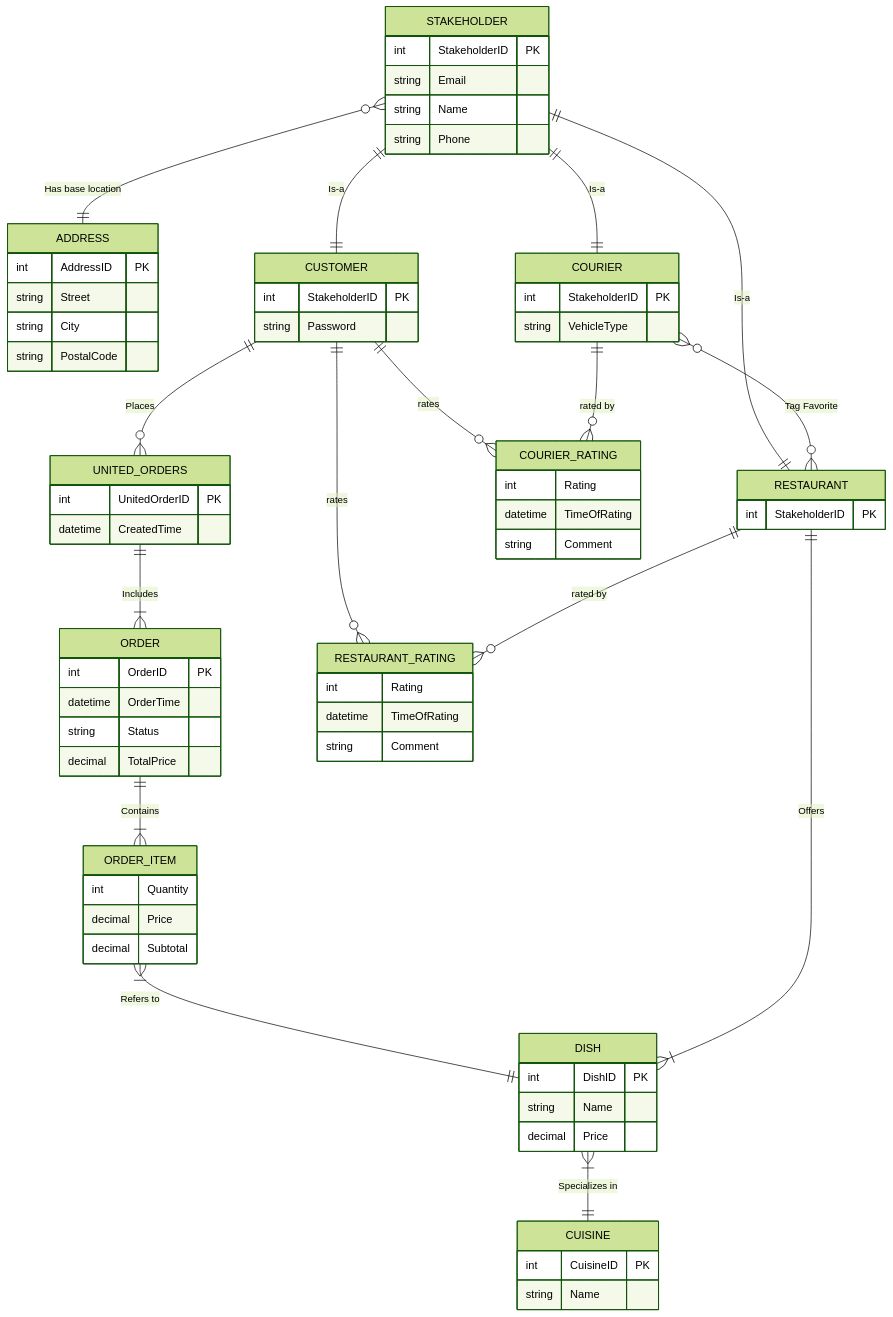
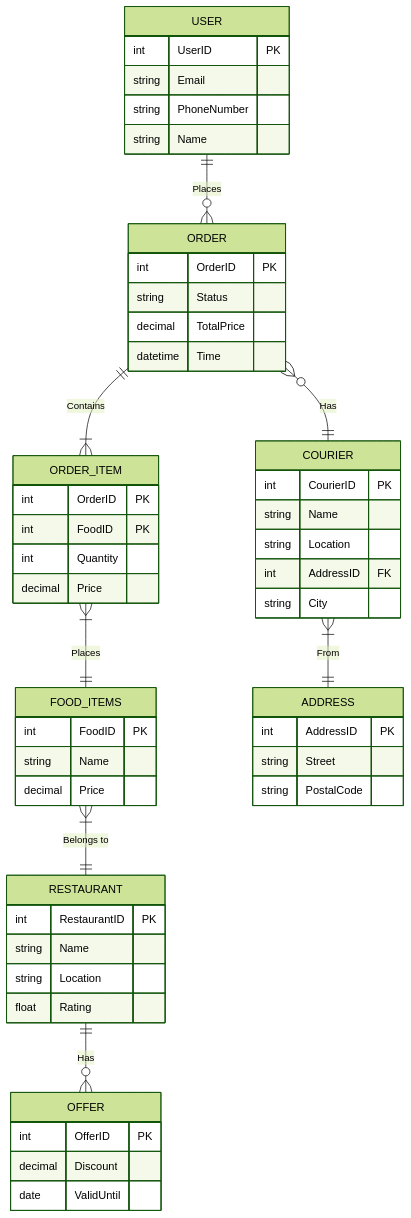
Before and after one commit to marqy777/DIS-Project: the diagram in docs/er-diagram.md, drawn with Mermaid (forest theme).

Commit message:
er correction

````diff
--- a/docs/er-diagram.md
+++ b/docs/er-diagram.md
@@ -21,76 +21,57 @@
 ```mermaid
 erDiagram
-    STAKEHOLDER {
-        int StakeholderID PK
+    USER {
+        int UserID PK
         string Email
+        string PhoneNumber
         string Name
-        string Phone
+    }
+    ORDER {
+        int OrderID PK
+        string Status
+        decimal TotalPrice
+        datetime Time
+    }
+    ORDER_ITEM {
+        int OrderID PK
+        int FoodID PK
+        int Quantity
+        decimal Price
+    }
+    FOOD_ITEMS {
+        int FoodID PK
+        string Name
+        decimal Price
+    }
+    COURIER {
+        int CourierID PK
+        string Name
+        string Location
+        int AddressID FK
+        string City
     }
     ADDRESS {
         int AddressID PK
         string Street
-        string City
         string PostalCode
     }
-    CUSTOMER {
-        int StakeholderID PK
-        string Password
+    RESTAURANT {
+        int RestaurantID PK
+        string Name
+        string Location
+        float Rating
     }
-    COURIER {
-        int StakeholderID PK
-        string VehicleType
-    }
-    RESTAURANT {
-        int StakeholderID PK
-    }
-    UNITED_ORDERS {
-        int UnitedOrderID PK
-        datetime CreatedTime
-    }
-    ORDER {
-        int OrderID PK
-        datetime OrderTime
-        string Status
-        decimal TotalPrice
-    }
-    ORDER_ITEM {
-        int Quantity
-        decimal Price
-        decimal Subtotal
-    }
-    DISH {
-        int DishID PK
-        string Name
-        decimal Price
-    }
-    CUISINE {
-        int CuisineID PK
-        string Name
-    }
-    COURIER_RATING {
-        int Rating
-        datetime TimeOfRating
-        string Comment
-    }
-    RESTAURANT_RATING {
-        int Rating
-        datetime TimeOfRating
-        string Comment
+    OFFER {
+        int OfferID PK
+        decimal Discount
+        date ValidUntil
     }
 
-    STAKEHOLDER }o--|| ADDRESS : "Has base location"
-    STAKEHOLDER ||--|| CUSTOMER : "Is-a"
-    STAKEHOLDER ||--|| COURIER : "Is-a"
-    STAKEHOLDER ||--|| RESTAURANT : "Is-a"
-    CUSTOMER ||--o{ UNITED_ORDERS : "Places"
-    UNITED_ORDERS ||--|{ ORDER : "Includes"
+    USER ||--o{ ORDER : "Places"
     ORDER ||--|{ ORDER_ITEM : "Contains"
-    ORDER_ITEM }|--|| DISH : "Refers to"
-    RESTAURANT ||--|{ DISH : "Offers"
-    DISH }|--|| CUISINE : "Specializes in"
-    COURIER }o--o{ RESTAURANT : "Tag Favorite"
-    CUSTOMER ||--o{ COURIER_RATING : "rates"
-    COURIER ||--o{ COURIER_RATING : "rated by"
-    CUSTOMER ||--o{ RESTAURANT_RATING : "rates"
-    RESTAURANT ||--o{ RESTAURANT_RATING : "rated by"
+    ORDER_ITEM }|--|| FOOD_ITEMS : "Places"
+    ORDER }o--|| COURIER : "Has"
+    COURIER }|--|| ADDRESS : "From"
+    FOOD_ITEMS }|--|| RESTAURANT : "Belongs to"
+    RESTAURANT ||--o{ OFFER : "Has"
 ```
````
